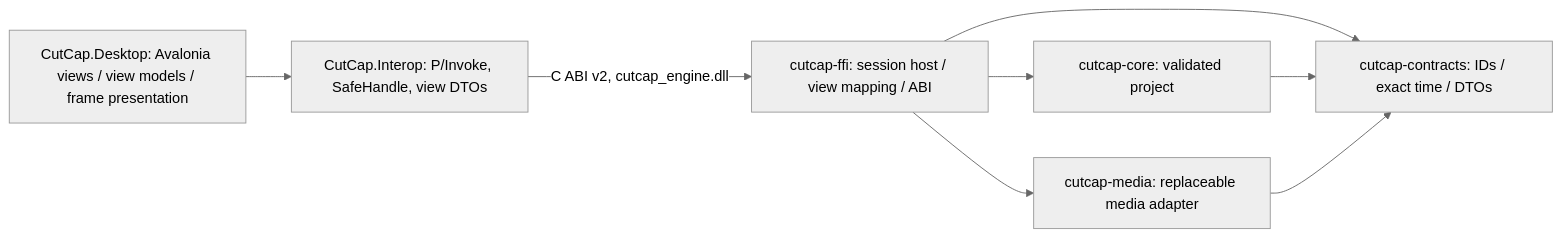
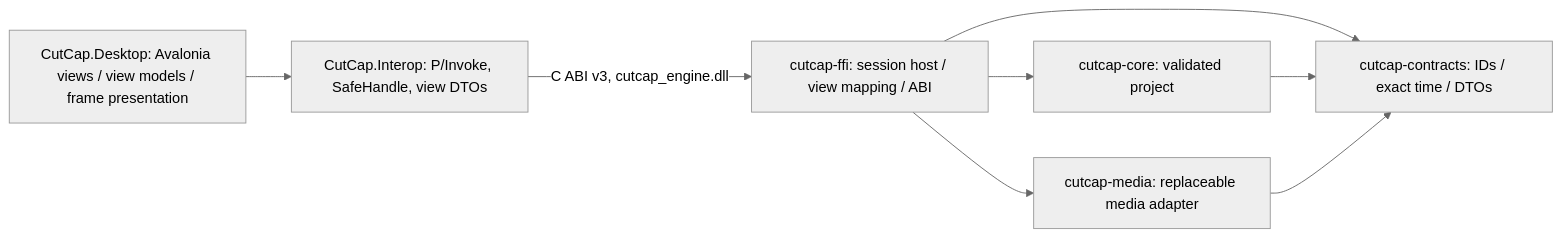
One commit to ayzeeyan/cutcap changed the diagram in docs/ARCHITECTURE.md. Above: the diagram before and after it, drawn with Mermaid (neutral theme). The commit also changed other lines of this file and 63 other files, not shown here.

````diff
--- a/docs/ARCHITECTURE.md
+++ b/docs/ARCHITECTURE.md
@@ -7,10 +7,10 @@
 ```mermaid
 flowchart LR
   Desktop[CutCap.Desktop: Avalonia views / view models / frame presentation] --> Interop[CutCap.Interop: P/Invoke, SafeHandle, view DTOs]
-  Interop -- C ABI v2, cutcap_engine.dll --> Ffi[cutcap-ffi: session host / view mapping / ABI]
+  Interop -- C ABI v3, cutcap_engine.dll --> Ffi[cutcap-ffi: session host / view mapping / ABI]
   Ffi --> Core[cutcap-core: validated project]
   Ffi --> Media[cutcap-media: replaceable media adapter]
   Ffi --> Contracts[cutcap-contracts: IDs / exact time / DTOs]
   Core --> Contracts
   Media --> Contracts
 ```
````
